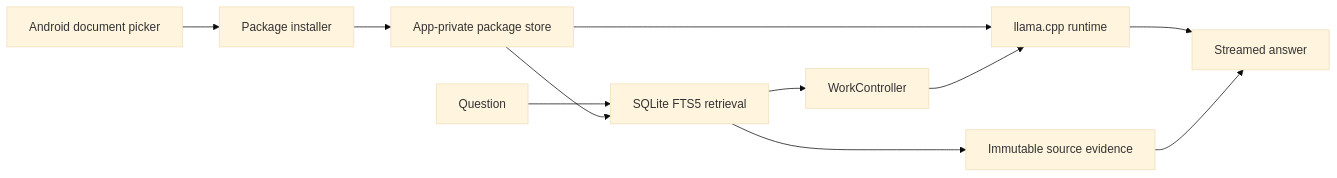
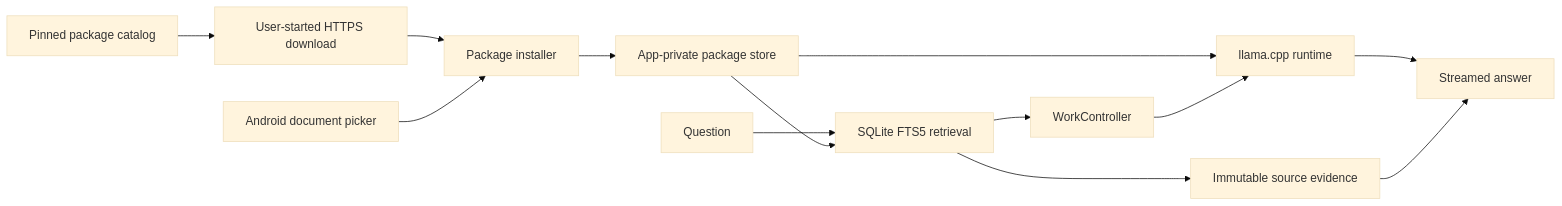
The diagram in android/docs/ARCHITECTURE.md (nonomnonom/blobs), drawn with Mermaid (base theme) before and after one commit. The commit also changed other lines of this file and 29 other files, not shown here.

````diff
--- a/android/docs/ARCHITECTURE.md
+++ b/android/docs/ARCHITECTURE.md
@@ -7,13 +7,15 @@
 ```mermaid
 flowchart LR
-    Picker[Android document picker] --> Installer[Package installer]
+    Catalog[Pinned package catalog] --> Downloader[User-started HTTPS download]
+    Downloader --> Installer[Package installer]
+    Picker[Android document picker] --> Installer
     Installer --> Store[App-private package store]
     User[Question] --> Retrieval[SQLite FTS5 retrieval]
     Store --> Retrieval
     Retrieval --> Work[WorkController]
     Store --> Runtime[llama.cpp runtime]
     Work --> Runtime
     Runtime --> Answer[Streamed answer]
     Retrieval --> Evidence[Immutable source evidence]
     Evidence --> Answer
 ```
````
